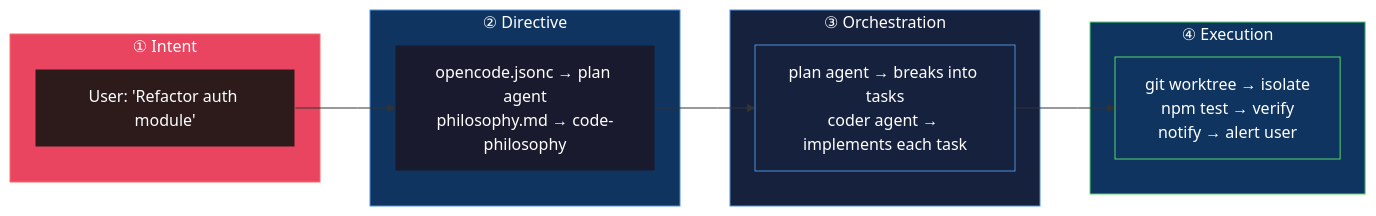
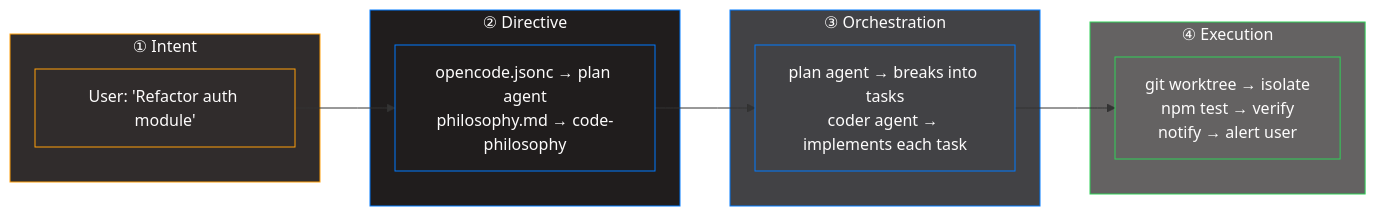
One commit to sanjanb/my-agent-harness changed the fifth of 6 diagrams in README.md. Above: the diagram before and after it, drawn with Mermaid. The commit also changed other lines of this file and 16 other files, not shown here.

````diff
--- a/README.md
+++ b/README.md
@@ -230,29 +230,29 @@
 ```mermaid
 graph LR
     subgraph L1["① Intent"]
         REQ["User: 'Refactor auth module'"]
     end
 
     subgraph L2["② Directive"]
         CFG["opencode.jsonc → plan agent<br/>philosophy.md → code-philosophy"]
     end
 
     subgraph L3["③ Orchestration"]
         PLAN["plan agent → breaks into tasks<br/>coder agent → implements each task"]
     end
 
     subgraph L4["④ Execution"]
         EXEC["git worktree → isolate<br/>npm test → verify<br/>notify → alert user"]
     end
 
     REQ --> CFG --> PLAN --> EXEC
 
-    style L1 fill:#e94560,stroke:#ff6b6b,color:#fff
-    style L2 fill:#0f3460,stroke:#4a90d9,color:#fff
-    style L3 fill:#16213e,stroke:#4a90d9,color:#fff
-    style L4 fill:#0f3460,stroke:#53d769,color:#fff
-    style REQ fill:#2d1b1b,stroke:#e94560,color:#fff
-    style CFG fill:#1a1a2e,stroke:#0f3460,color:#fff
-    style PLAN fill:#16213e,stroke:#4a90d9,color:#fff
-    style EXEC fill:#0f3460,stroke:#53d769,color:#fff
+    style L1 fill:#302c2c,stroke:#ff9f0a,color:#fdfcfc
+    style L2 fill:#201d1d,stroke:#007aff,color:#fdfcfc
+    style L3 fill:#424245,stroke:#007aff,color:#fdfcfc
+    style L4 fill:#646262,stroke:#30d158,color:#fdfcfc
+    style REQ fill:#302c2c,stroke:#ff9f0a,color:#fdfcfc
+    style CFG fill:#201d1d,stroke:#007aff,color:#fdfcfc
+    style PLAN fill:#424245,stroke:#007aff,color:#fdfcfc
+    style EXEC fill:#646262,stroke:#30d158,color:#fdfcfc
 ```
````
